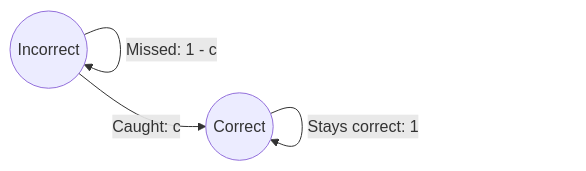
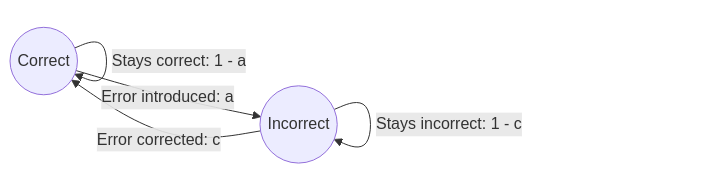
The second of 2 diagrams in docs/examples/record-review/index.rst (Code0x58/modello), drawn with Mermaid before and after one commit. The commit also changed other lines of this file and 1 other file, not shown here.

Commit message:
Develop the Markov extension with all correctness transitions

```diff
--- a/docs/examples/record-review/index.rst
+++ b/docs/examples/record-review/index.rst
@@ -601,10 +943,11 @@
 .. mermaid::
-   :alt: An incorrect record becomes correct with probability c or remains incorrect with probability 1 minus c. A correct record stays correct with probability one.
-   :caption: Transition probabilities for one short check, with 0 < c <= 1.
+   :alt: Correct records stay correct with probability 1 minus a or become incorrect with probability a. Incorrect records become correct with probability c or stay incorrect with probability 1 minus c.
+   :caption: All four transitions for one check; outgoing probabilities from each state sum to one.
 
    flowchart LR
-       accTitle: Correctness after one short check
-       accDescr: An incorrect record becomes correct with probability c or stays incorrect with probability 1 minus c. Correct is an absorbing state.
-       incorrect(("Incorrect")) -->|"Caught: c"| correct(("Correct"))
-       incorrect -->|"Missed: 1 - c"| incorrect
-       correct -->|"Stays correct: 1"| correct
+       accTitle: All correctness transitions during a check
+       accDescr: Correct becomes incorrect with probability a and stays correct with probability 1 minus a. Incorrect becomes correct with probability c and stays incorrect with probability 1 minus c.
+       correct(("Correct")) -->|"Error introduced: a"| incorrect(("Incorrect"))
+       incorrect -->|"Error corrected: c"| correct
+       correct -->|"Stays correct: 1 - a"| correct
+       incorrect -->|"Stays incorrect: 1 - c"| incorrect
```
